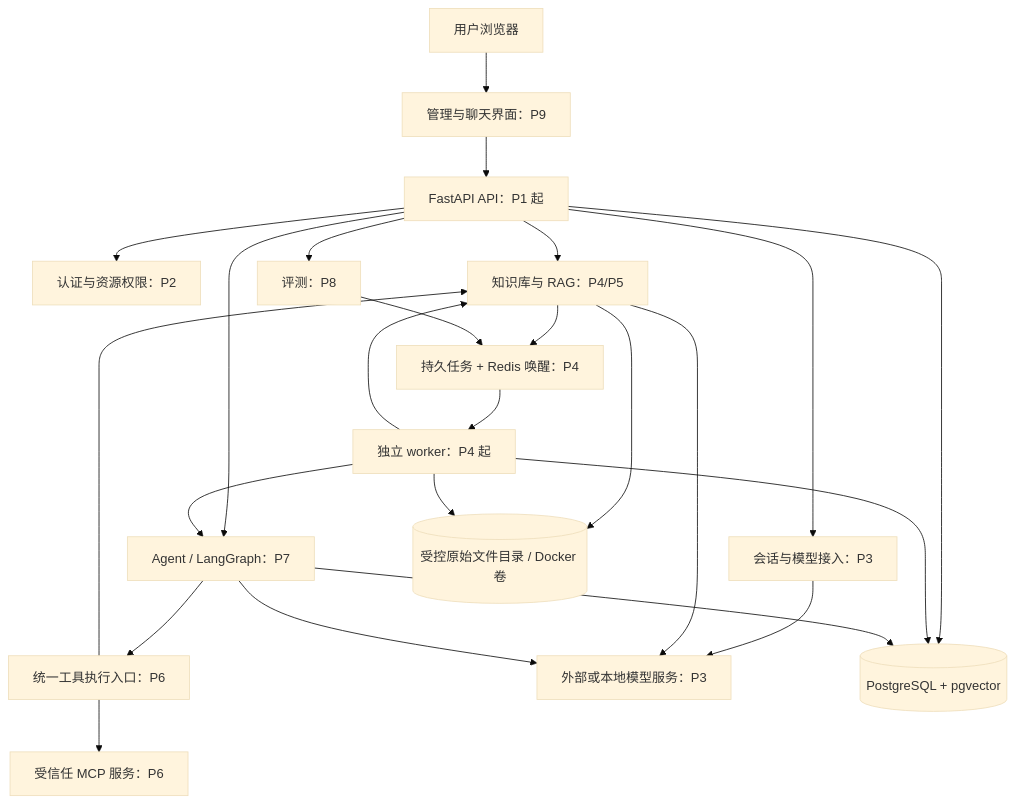
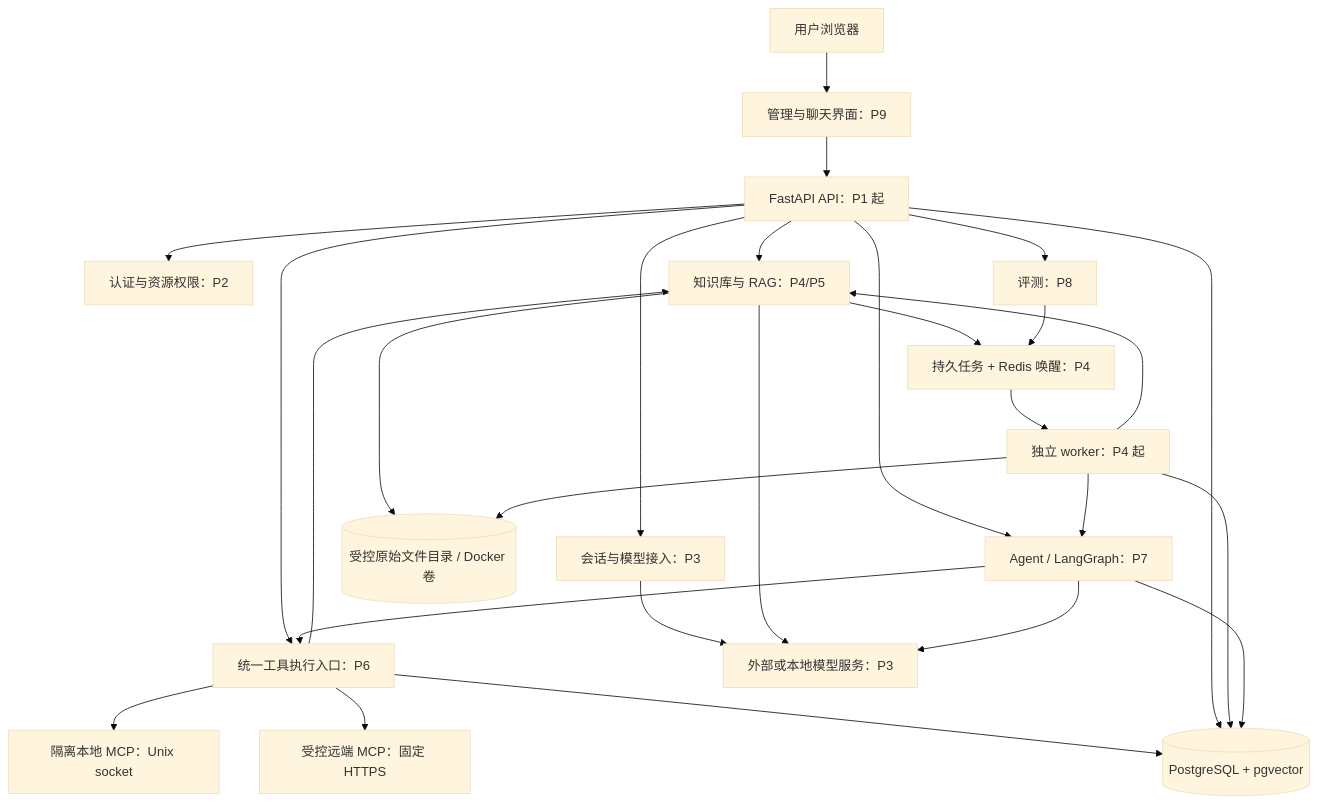
The diagram in docs/ARCHITECTURE.md (3351777344-bot/AgentHub), drawn with Mermaid (base theme) before and after one commit. The commit also changed other lines of this file and 42 other files, not shown here.

````diff
--- a/docs/ARCHITECTURE.md
+++ b/docs/ARCHITECTURE.md
@@ -21,26 +21,29 @@
 ```mermaid
 flowchart TD
     U[用户浏览器] --> UI[管理与聊天界面：P9]
     UI --> API[FastAPI API：P1 起]
     API --> AUTH[认证与资源权限：P2]
     API --> CHAT[会话与模型接入：P3]
     API --> KB[知识库与 RAG：P4/P5]
     API --> AG[Agent / LangGraph：P7]
     API --> EV[评测：P8]
+    API --> TOOL[统一工具执行入口：P6]
     KB --> JOB[持久任务 + Redis 唤醒：P4]
     EV --> JOB
     JOB --> W[独立 worker：P4 起]
     W --> KB
     W --> AG
-    AG --> TOOL[统一工具执行入口：P6]
-    TOOL --> MCP[受信任 MCP 服务：P6]
+    AG --> TOOL
+    TOOL --> LOCAL[隔离本地 MCP：Unix socket]
+    TOOL --> REMOTE[受控远端 MCP：固定 HTTPS]
+    TOOL --> PG
     TOOL --> KB
     CHAT --> MODEL[外部或本地模型服务：P3]
     KB --> MODEL
     AG --> MODEL
     API --> PG[(PostgreSQL + pgvector)]
     W --> PG
     AG --> PG
     KB --> FILES[(受控原始文件目录 / Docker 卷)]
     W --> FILES
 ```
````
